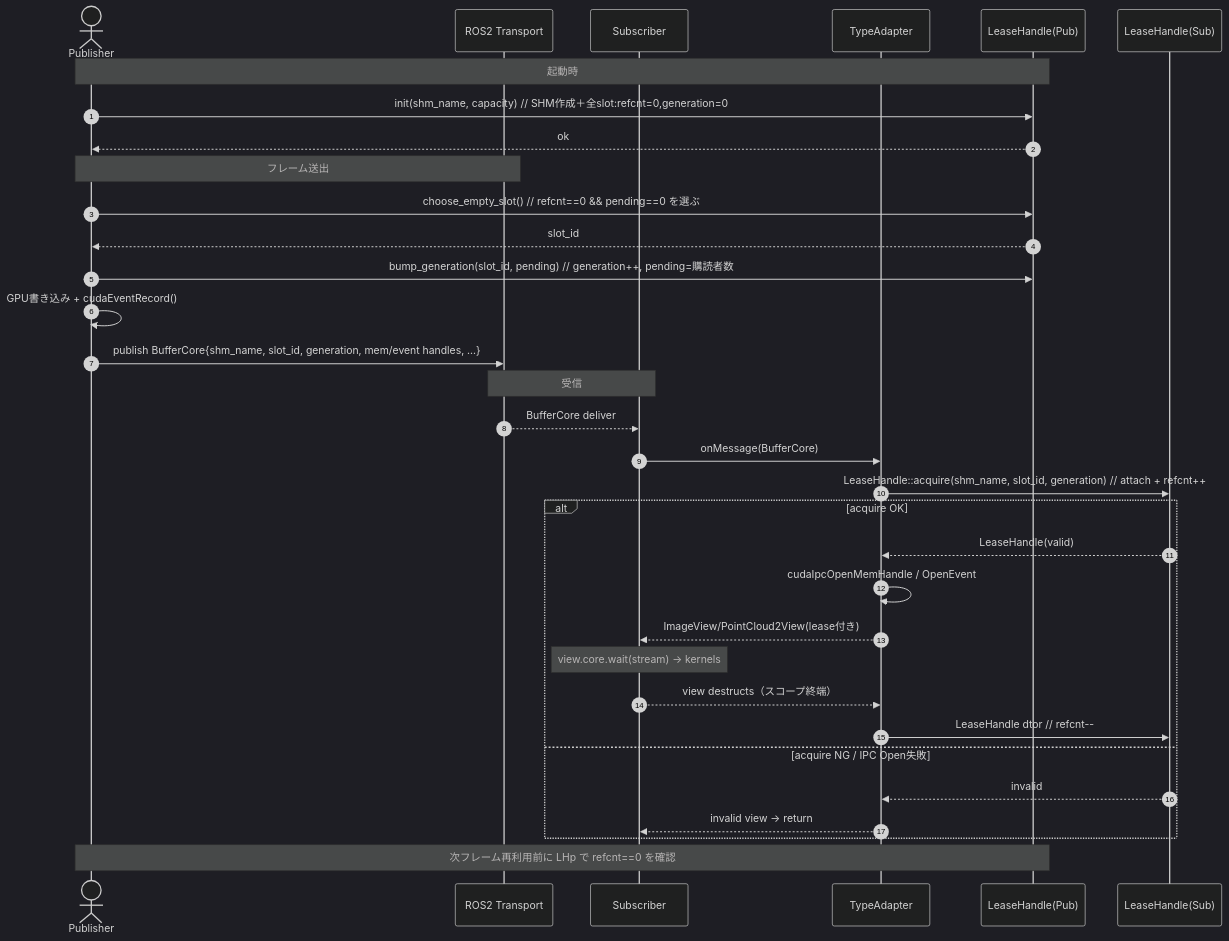
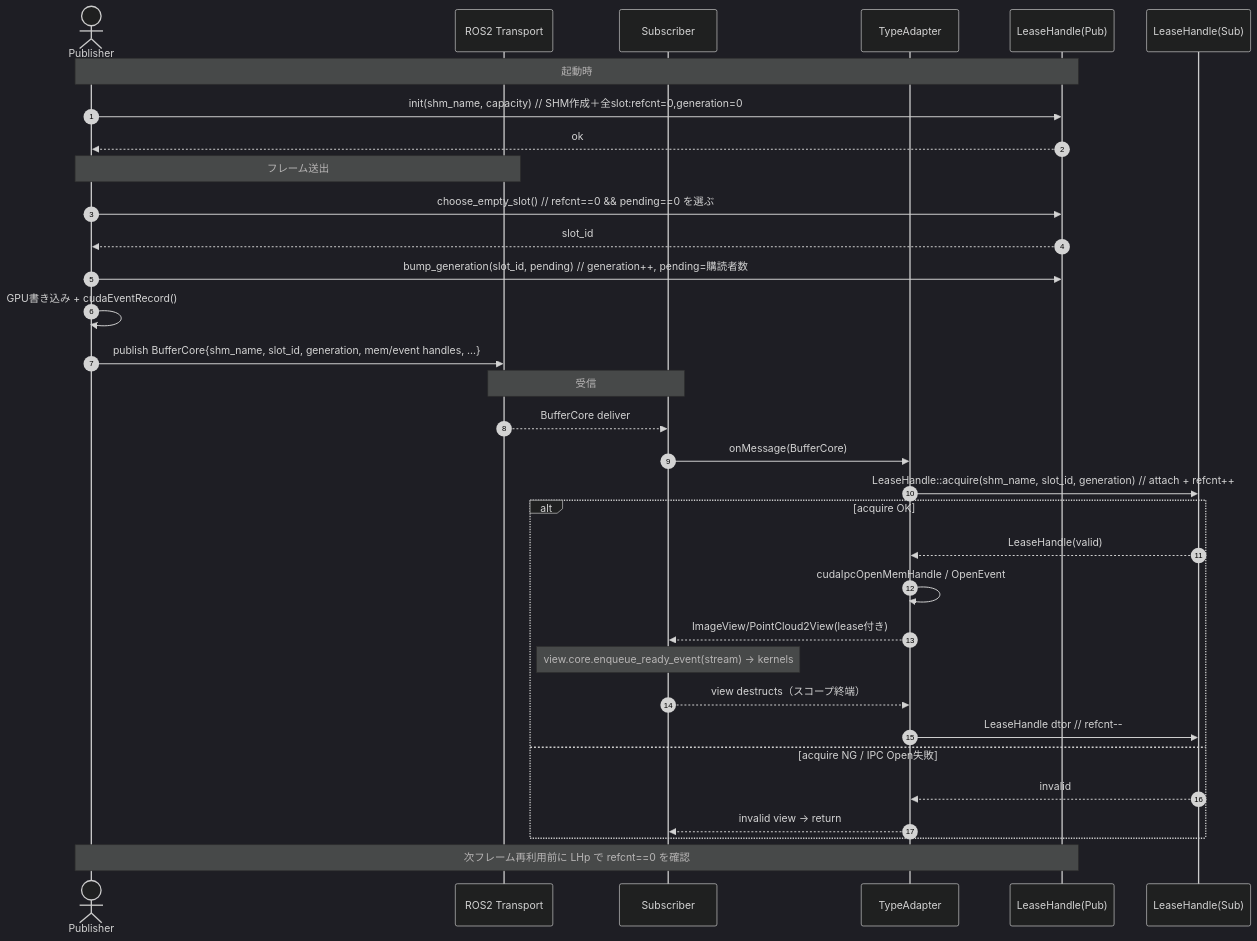
The second of 2 diagrams in doc/lease_handle.md (dskkato/ros2_cuda_ipc), drawn with Mermaid (dark theme) before and after one commit. The commit also changed other lines of this file and 8 other files, not shown here.

First line of the commit message:
Rename wait() to enqueue_ready_event() for better clarity in synchron… (#32)

````diff
--- a/doc/lease_handle.md
+++ b/doc/lease_handle.md
@@ -391,40 +391,40 @@
 ```mermaid
 sequenceDiagram
   autonumber
   actor Pub as Publisher
   participant DDS as ROS2 Transport
   participant Sub as Subscriber
   participant TA as TypeAdapter
   participant LHp as LeaseHandle(Pub)
   participant LHs as LeaseHandle(Sub)
 
   Note over Pub,LHp: 起動時
   Pub->>LHp: init(shm_name, capacity)  // SHM作成＋全slot:refcnt=0,generation=0
   LHp-->>Pub: ok
 
   Note over Pub,DDS: フレーム送出
   Pub->>LHp: choose_empty_slot()  // refcnt==0 && pending==0 を選ぶ
   LHp-->>Pub: slot_id
   Pub->>LHp: bump_generation(slot_id, pending)  // generation++, pending=購読者数
   Pub->>Pub: GPU書き込み + cudaEventRecord()
   Pub->>DDS: publish BufferCore{shm_name, slot_id, generation, mem/event handles, ...}
 
   Note over DDS,Sub: 受信
   DDS-->>Sub: BufferCore deliver
 
   Sub->>TA: onMessage(BufferCore)
   TA->>LHs: LeaseHandle::acquire(shm_name, slot_id, generation)  // attach + refcnt++
   alt acquire OK
     LHs-->>TA: LeaseHandle(valid)
     TA->>TA: cudaIpcOpenMemHandle / OpenEvent
     TA-->>Sub: ImageView/PointCloud2View(lease付き)
-    Note over Sub: view.core.wait(stream) → kernels
+    Note over Sub: view.core.enqueue_ready_event(stream) → kernels
     Sub-->>TA: view destructs（スコープ終端）
     TA->>LHs: LeaseHandle dtor  // refcnt--
   else acquire NG / IPC Open失敗
     LHs-->>TA: invalid
     TA-->>Sub: invalid view → return
   end
 
   Note over Pub,LHp: 次フレーム再利用前に LHp で refcnt==0 を確認
 ```
````
